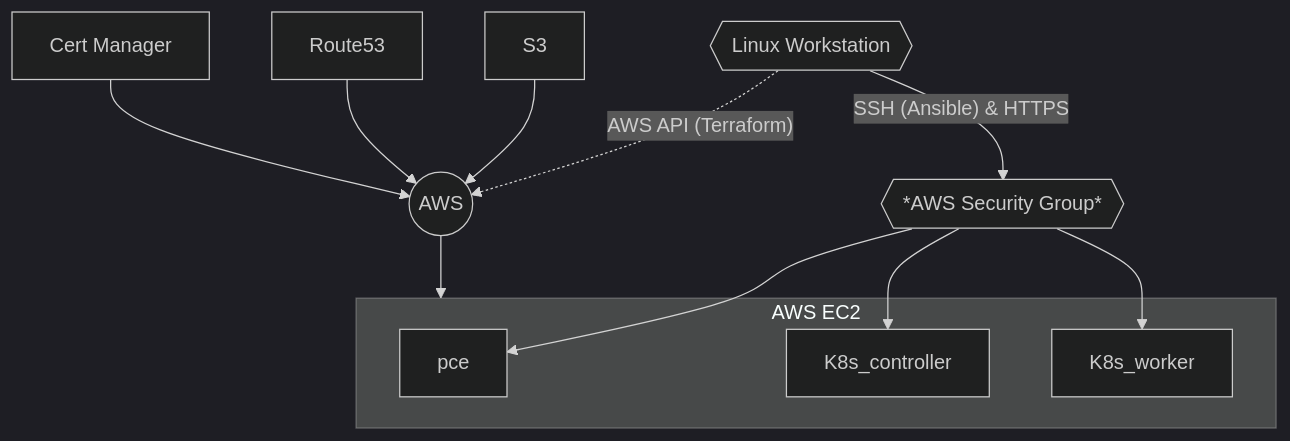
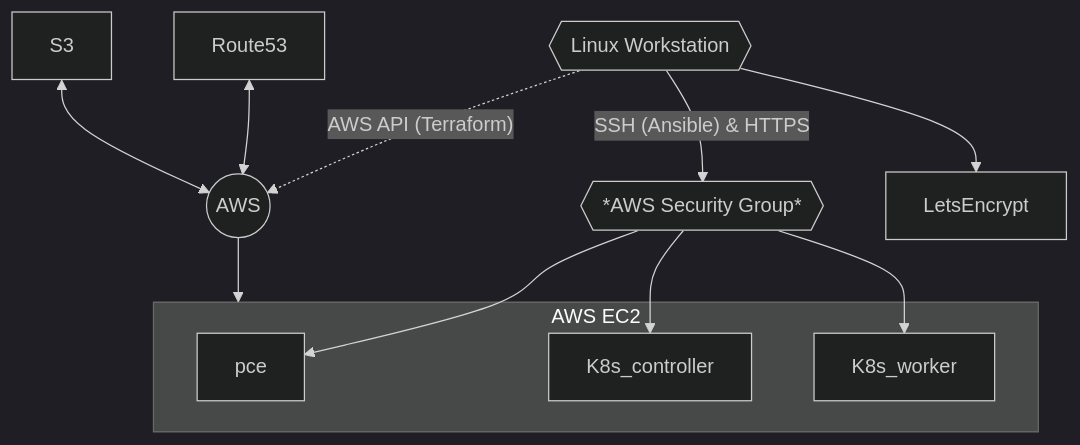
Before and after one commit to kyleomalley/icl: the diagram in README.md, drawn with Mermaid (dark theme).

````diff
--- a/README.md
+++ b/README.md
@@ -19,21 +19,21 @@
 ```mermaid 
 graph TB;
     AC{{Linux Workstation}} -. "AWS API (Terraform)" .-> AWS((AWS));
     AC -- "SSH (Ansible) & HTTPS" --> SG{{"*AWS Security Group*"}};
+    AC --> LetsEncrypt[LetsEncrypt];
 
-    S3[S3] --> AWS;
-    Route53[Route53] --> AWS;
-    Cert[Cert Manager] --> AWS;
+    S3[S3] <--> AWS;
+    Route53[Route53] <--> AWS;
 
     AWS --> AWS_Instances(AWS Subgraph);
 
     subgraph AWS_Instances[AWS EC2];
         EC2_1[pce];
         EC2_2[K8s_controller];
         EC2_3[K8s_worker];
     end;
     
     SG --> EC2_1;
     SG --> EC2_2;
     SG --> EC2_3;
 ```
````
